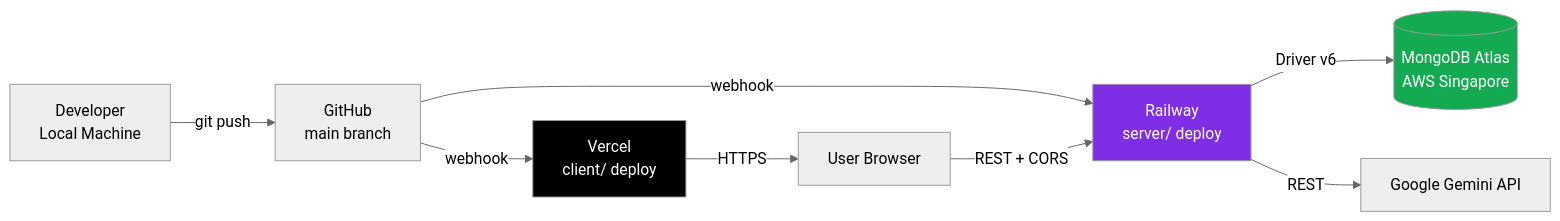
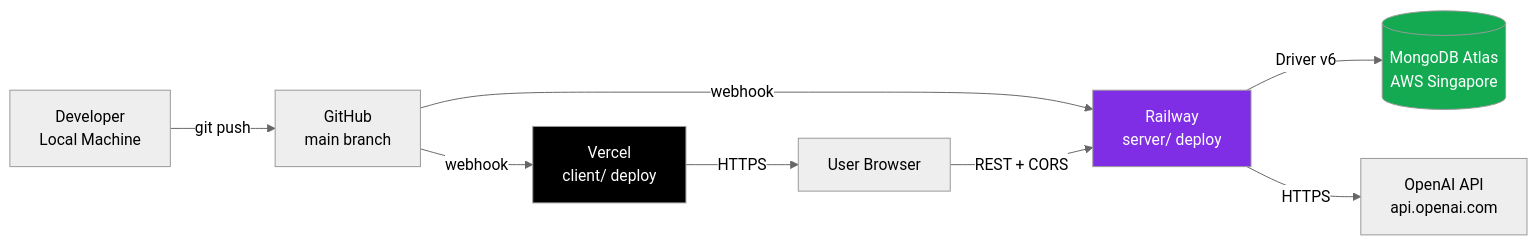
The third of 5 diagrams in docs/TECHNICAL_DOC.md (trahoangdev/path-finder), drawn with Mermaid (neutral theme) before and after one commit. The commit also changed other lines of this file and 179 other files, not shown here.

````diff
--- a/docs/TECHNICAL_DOC.md
+++ b/docs/TECHNICAL_DOC.md
@@ -197,14 +207,14 @@
 ```mermaid
 flowchart LR
     DEV[Developer<br/>Local Machine] -->|git push| GH[GitHub<br/>main branch]
     GH -->|webhook| VC[Vercel<br/>client/ deploy]
     GH -->|webhook| RW[Railway<br/>server/ deploy]
     VC -->|HTTPS| BR[User Browser]
     BR -->|REST + CORS| RW
     RW -->|Driver v6| MA[(MongoDB Atlas<br/>AWS Singapore)]
-    RW -->|REST| GM[Google Gemini API]
+    RW -->|HTTPS| GM[OpenAI API<br/>api.openai.com]
 
     style VC fill:#000,color:#fff
     style RW fill:#7F2EE6,color:#fff
     style MA fill:#13AA52,color:#fff
 ```
````
